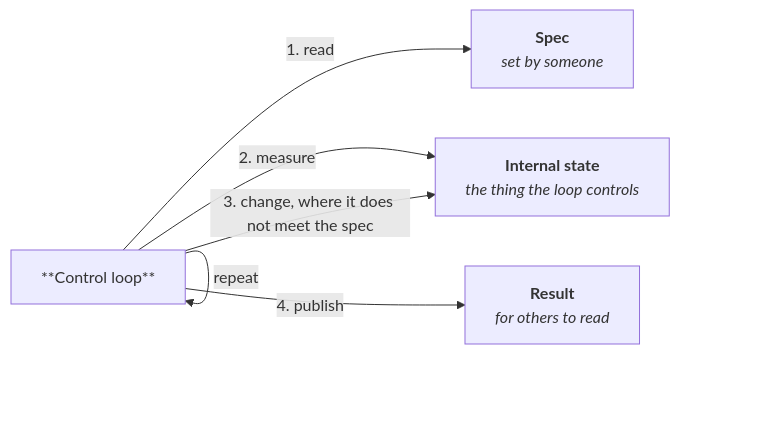
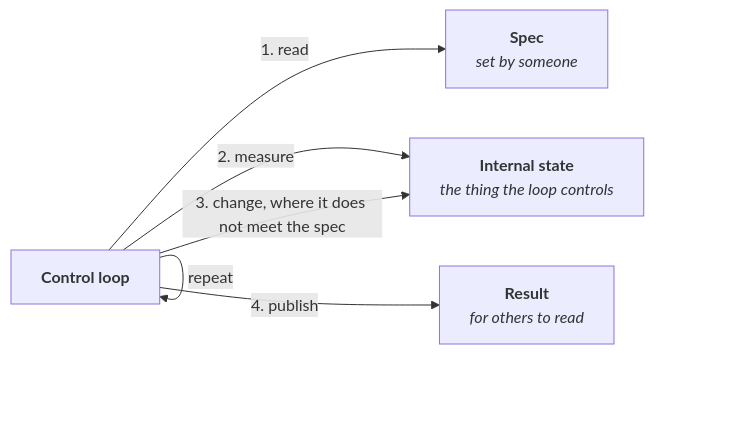
Before and after one commit to dec1/kubernetes-operators: the diagram in readme.md, drawn with Mermaid. The commit also changed other lines of this file, not shown here.

Commit message:
fix: formatting in main diagram

````diff
--- a/readme.md
+++ b/readme.md
@@ -42,15 +42,15 @@
 ```mermaid
 flowchart LR
-    loop["**Control loop**"]
+    loop["`**Control loop**`"]
     spec["`**Spec**
     _set by someone_`"]
     internal["`**Internal state**
     _the thing the loop controls_`"]
     result["`**Result**
     _for others to read_`"]
     loop -->|"1. read"| spec
     loop -->|"2. measure"| internal
     loop -->|"3. change, where it does not meet the spec"| internal
     loop -->|"4. publish"| result
     loop -->|"repeat"| loop
 ```
````
